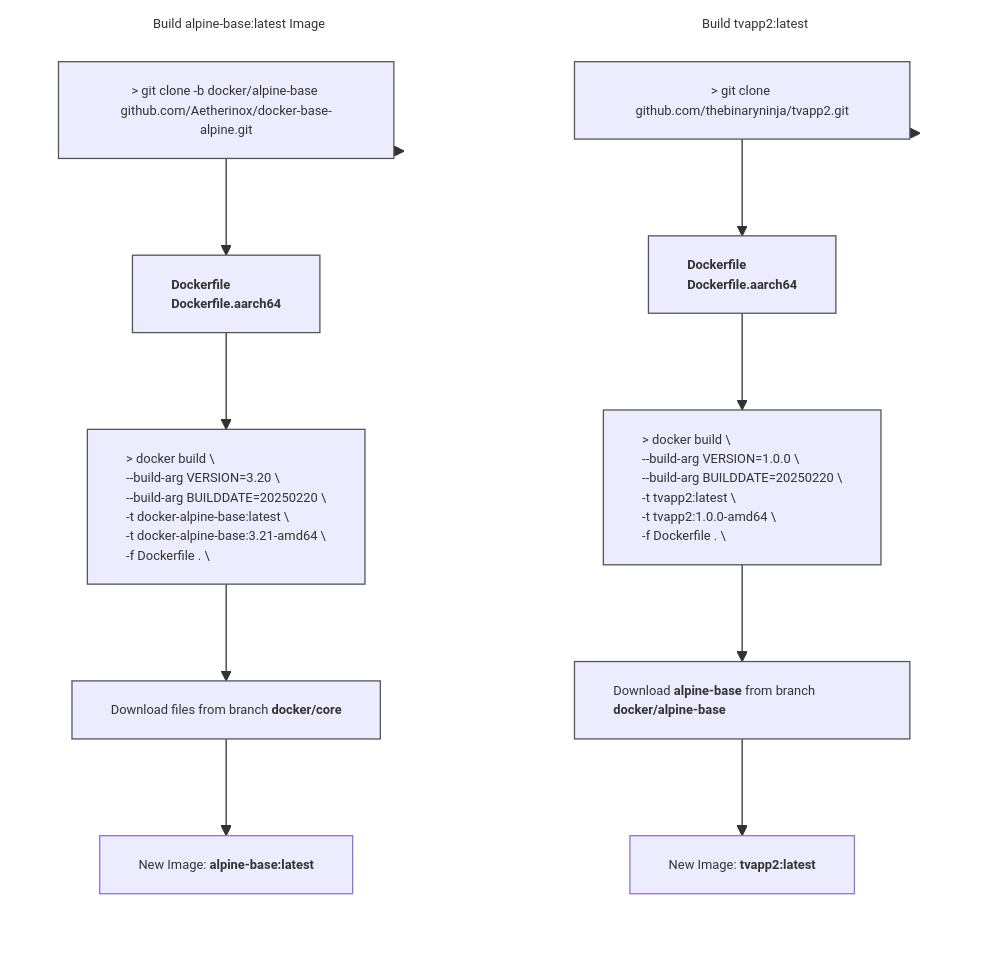
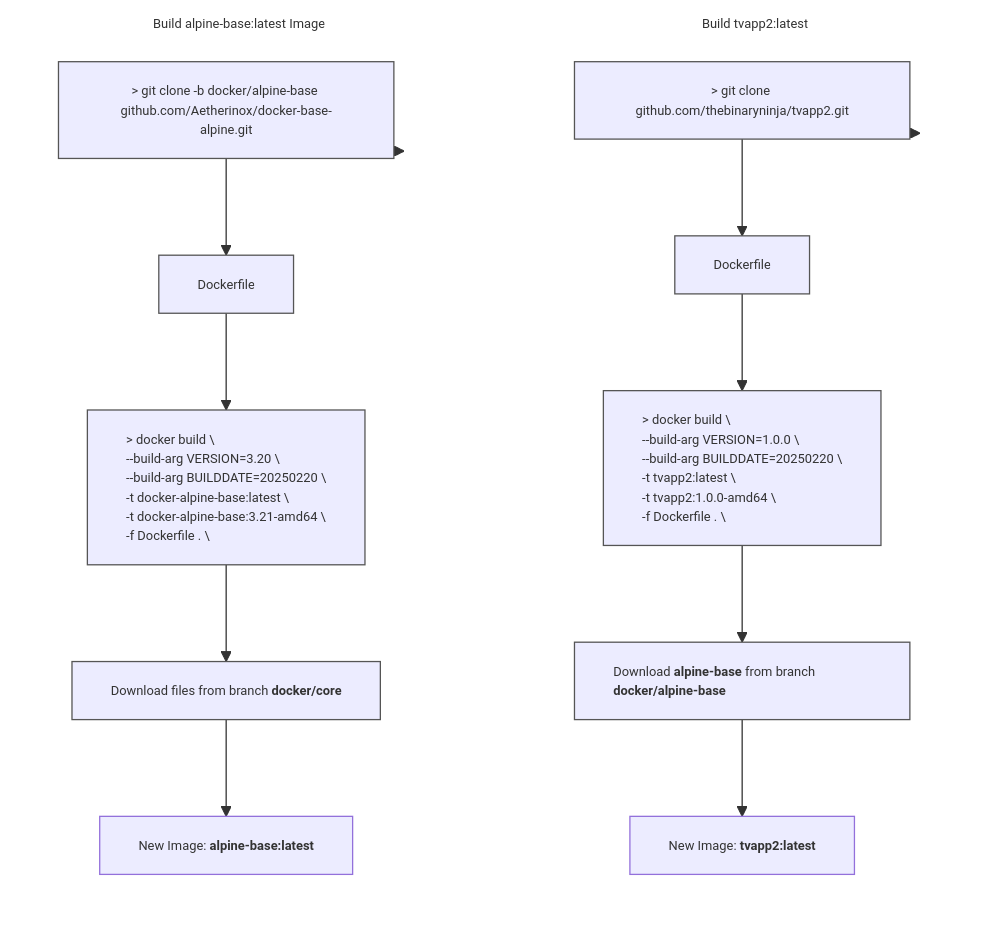
One commit to aetherinox/docker-base-alpine changed the diagram in README.md. Above: the diagram before and after it, drawn with Mermaid. The commit also changed other lines of this file, not shown here.

````diff
--- a/README.md
+++ b/README.md
@@ -316,51 +317,49 @@
 ```mermaid
 %%{init: { 'themeVariables': { 'fontSize': '10px' }}}%%
 flowchart TB
 
 subgraph GRAPH_TVAPP ["Build tvapp2:latest"]
     direction TB
     obj_step10["`&gt; git clone github.com/thebinaryninja/tvapp2.git`"]
-    obj_step11["`**Dockerfile
-     Dockerfile.aarch64**`"]
+    obj_step11["`Dockerfile`"]
     obj_step12["`&gt; docker build &bsol;
     --build-arg VERSION=1.0.0 &bsol;
     --build-arg BUILDDATE=20250220 &bsol;
     -t tvapp2:latest &bsol;
     -t tvapp2:1.0.0-amd64 &bsol;
     -f Dockerfile . &bsol;`"]
     obj_step13["`Download **alpine-base** from branch **docker/alpine-base**`"]
     obj_step14["`New Image: **tvapp2:latest**`"]
 
     style obj_step10 text-align:center,stroke-width:1px,stroke:#555
     style obj_step11 text-align:left,stroke-width:1px,stroke:#555
     style obj_step12 text-align:left,stroke-width:1px,stroke:#555
     style obj_step13 text-align:left,stroke-width:1px,stroke:#555
 end
 
 style GRAPH_TVAPP text-align:center,stroke-width:1px,stroke:transparent,fill:transparent
 
 subgraph GRAPH_ALPINE["Build alpine-base:latest Image"]
 direction TB
     obj_step20["`&gt; git clone -b docker/alpine-base github.com/Aetherinox/docker-base-alpine.git`"]
-    obj_step21["`**Dockerfile
-     Dockerfile.aarch64**`"]
+    obj_step21["`Dockerfile`"]
     obj_step22["`&gt; docker build &bsol;
     --build-arg VERSION=3.20 &bsol;
     --build-arg BUILDDATE=20250220 &bsol;
     -t docker-alpine-base:latest &bsol;
     -t docker-alpine-base:3.21-amd64 &bsol;
     -f Dockerfile . &bsol;`"]
     obj_step23["`Download files from branch **docker/core**`"]
     obj_step24["`New Image: **alpine-base:latest**`"]
 
     style obj_step20 text-align:center,stroke-width:1px,stroke:#555
     style obj_step21 text-align:left,stroke-width:1px,stroke:#555
     style obj_step22 text-align:left,stroke-width:1px,stroke:#555
     style obj_step23 text-align:left,stroke-width:1px,stroke:#555
 end
 
 style GRAPH_ALPINE text-align:center,stroke-width:1px,stroke:transparent,fill:transparent
 
 GRAPH_TVAPP --> obj_step10 --> obj_step11 --> obj_step12 --> obj_step13 --> obj_step14
 GRAPH_ALPINE --> obj_step20 --> obj_step21 --> obj_step22 --> obj_step23 --> obj_step24
 ```
````
